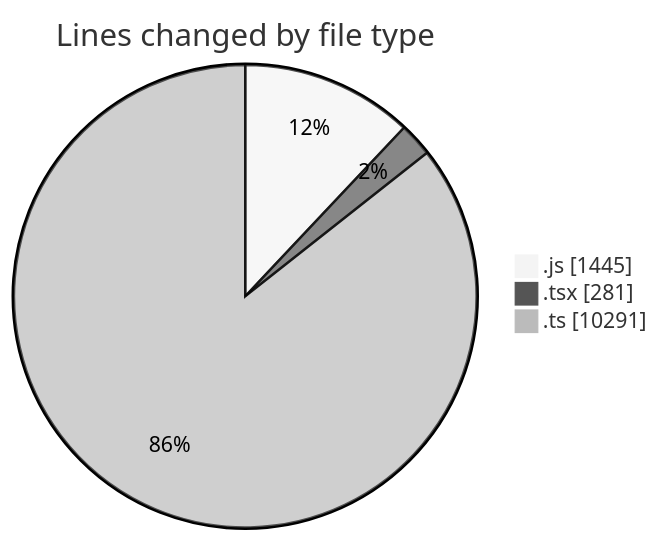
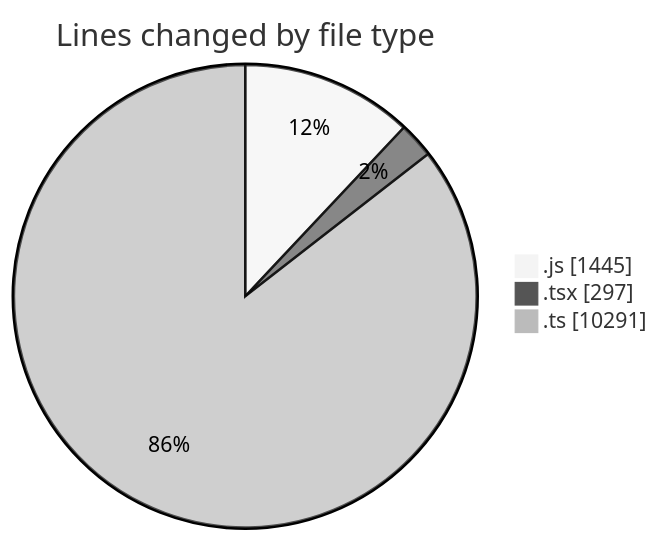
The first of 2 diagrams in 2025-03-13/cda/README.md (momahboobian/code-tracking), drawn with Mermaid (neutral theme) before and after one commit. The commit also changed other lines of this file and 1 other file, not shown here.

````diff
--- a/2025-03-13/cda/README.md
+++ b/2025-03-13/cda/README.md
@@ -32,7 +32,7 @@
 ```mermaid
 pie showData
 title Lines changed by file type
 ".js" : 1445
-".tsx" : 281
+".tsx" : 297
 ".ts" : 10291
 ```
````
